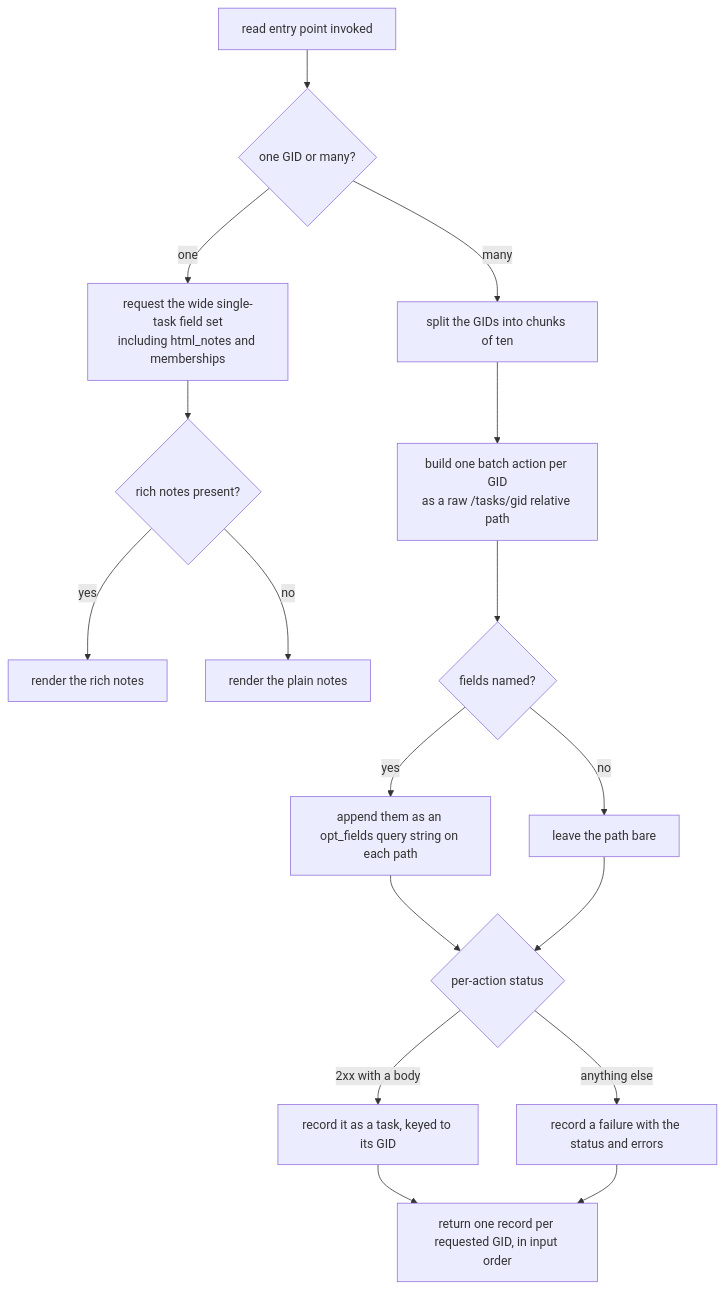
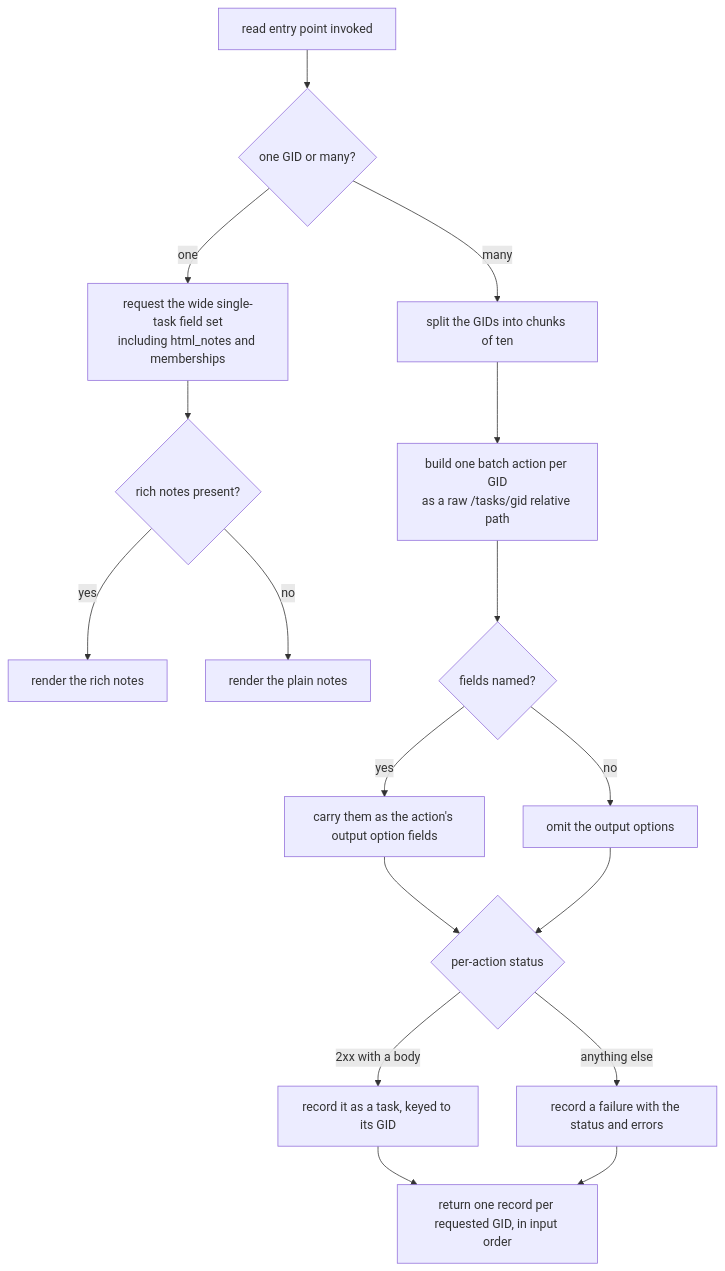
One commit to cyberuni/asana-agent changed the second of 5 diagrams in packages/cyber-asana/.agents/spec/tasks/README.md. Above: the diagram before and after it, drawn with Mermaid. The commit also changed other lines of this file and 5 other files, not shown here.

First line of the commit message:
fix(tasks): carry get-many opt_fields as batch action output options

````diff
--- a/packages/cyber-asana/.agents/spec/tasks/README.md
+++ b/packages/cyber-asana/.agents/spec/tasks/README.md
@@ -220,19 +220,19 @@
 ```mermaid
 graph TD
   R[read entry point invoked] --> RN{one GID or many?}
   RN -->|one| RO[request the wide single-task field set<br/>including html_notes and memberships]
   RO --> ROR{rich notes present?}
   ROR -->|yes| RORY[render the rich notes]
   ROR -->|no| RORN[render the plain notes]
   RN -->|many| RM[split the GIDs into chunks of ten]
   RM --> RMP[build one batch action per GID<br/>as a raw /tasks/gid relative path]
   RMP --> RMF{fields named?}
-  RMF -->|yes| RMFY[append them as an opt_fields query string on each path]
-  RMF -->|no| RMFN[leave the path bare]
+  RMF -->|yes| RMFY[carry them as the action's output option fields]
+  RMF -->|no| RMFN[omit the output options]
   RMFY --> RMS{per-action status}
   RMFN --> RMS
   RMS -->|2xx with a body| RMSK[record it as a task, keyed to its GID]
   RMS -->|anything else| RMSF[record a failure with the status and errors]
   RMSK --> RMO[return one record per requested GID, in input order]
   RMSF --> RMO
 ```
````
